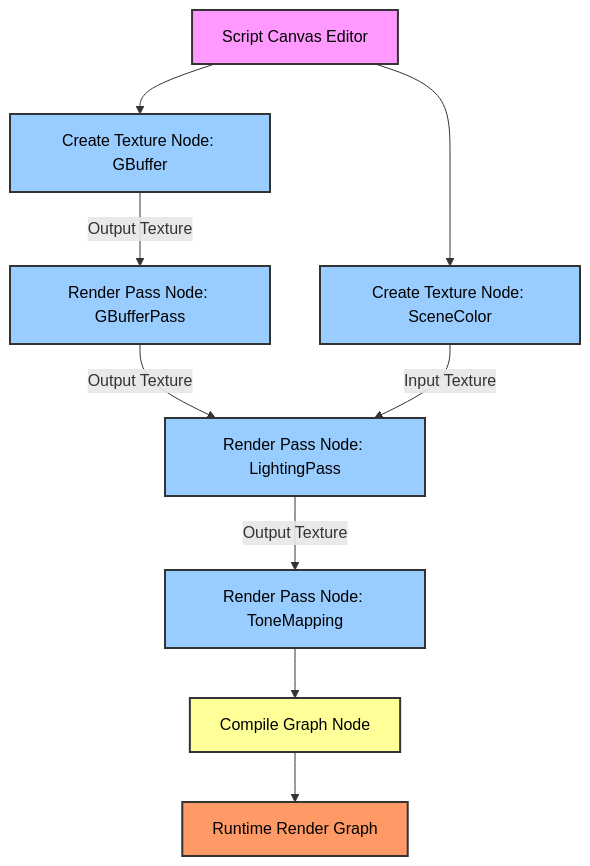
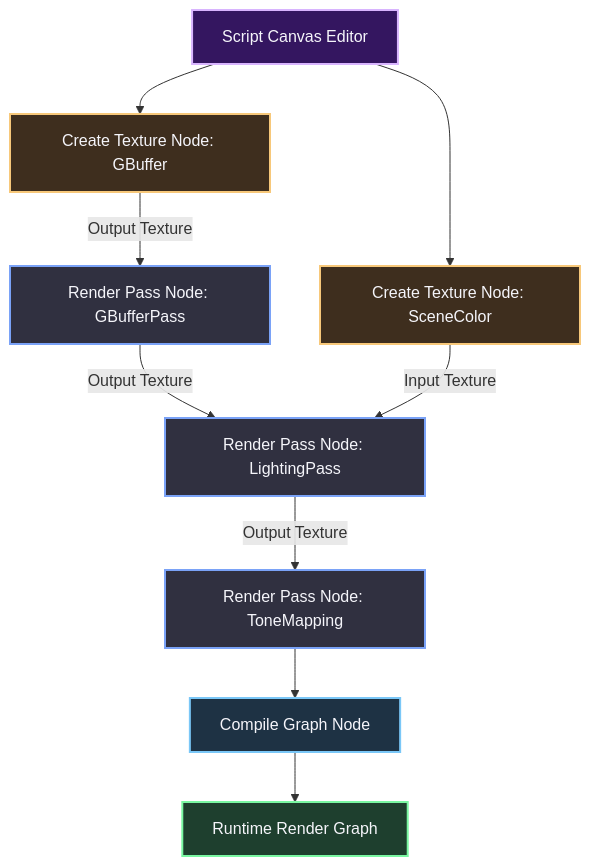
One commit to Astin-A/the-workshop changed the fourth of 4 diagrams in content/Engine shit/O3DE/Atomic/2 The Render Graph & Scripting Architecture.md. Above: the diagram before and after it, drawn with Mermaid. The commit also changed other lines of this file and 24 other files, not shown here.

````diff
--- a/content/Engine shit/O3DE/Atomic/2 The Render Graph & Scripting Architecture.md
+++ b/content/Engine shit/O3DE/Atomic/2 The Render Graph & Scripting Architecture.md
@@ -318,20 +327,23 @@
 ```mermaid
 graph TD
     A[Script Canvas Editor] --> B[Create Texture Node: GBuffer]
     A --> C[Create Texture Node: SceneColor]
     B -->|Output Texture| D[Render Pass Node: GBufferPass]
     D -->|Output Texture| E[Render Pass Node: LightingPass]
     C -->|Input Texture| E
     E -->|Output Texture| F[Render Pass Node: ToneMapping]
     F --> G[Compile Graph Node]
     G --> H[Runtime Render Graph]
 
-    style A fill:#f9f,stroke:#333,stroke-width:2px,color:#000
-    style B fill:#9cf,stroke:#333,stroke-width:2px,color:#000
-    style C fill:#9cf,stroke:#333,stroke-width:2px,color:#000
-    style D fill:#9cf,stroke:#333,stroke-width:2px,color:#000
-    style E fill:#9cf,stroke:#333,stroke-width:2px,color:#000
-    style F fill:#9cf,stroke:#333,stroke-width:2px,color:#000
-    style G fill:#ff9,stroke:#333,stroke-width:2px,color:#000
-    style H fill:#f96,stroke:#333,stroke-width:2px,color:#000
+    classDef default fill:#303040,stroke:#7aa2f7,stroke-width:2px,color:#f5f5fa;
+    classDef highlight fill:#341660,stroke:#d8b4fe,stroke-width:2px,color:#f5f5fa;
+    classDef warning fill:#3e2e1e,stroke:#f7c87a,stroke-width:2px,color:#f5f5fa;
+    classDef info fill:#1e3244,stroke:#7ac7f7,stroke-width:2px,color:#f5f5fa;
+    classDef success fill:#1e3f2e,stroke:#7af7a2,stroke-width:2px,color:#f5f5fa;
+
+    class A highlight;
+    class B,C warning;
+    class D,E,F default;
+    class G info;
+    class H success;
 ```
````
